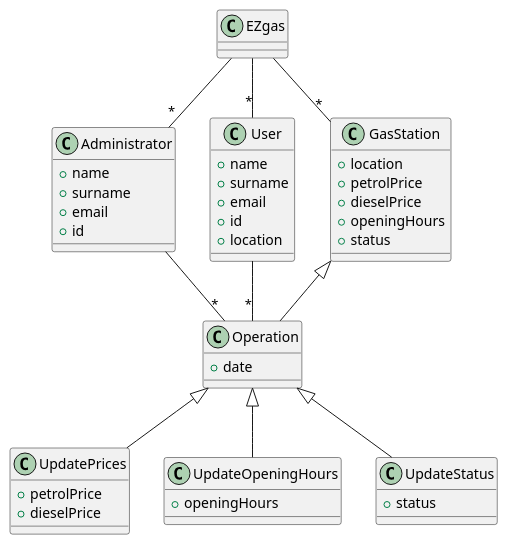
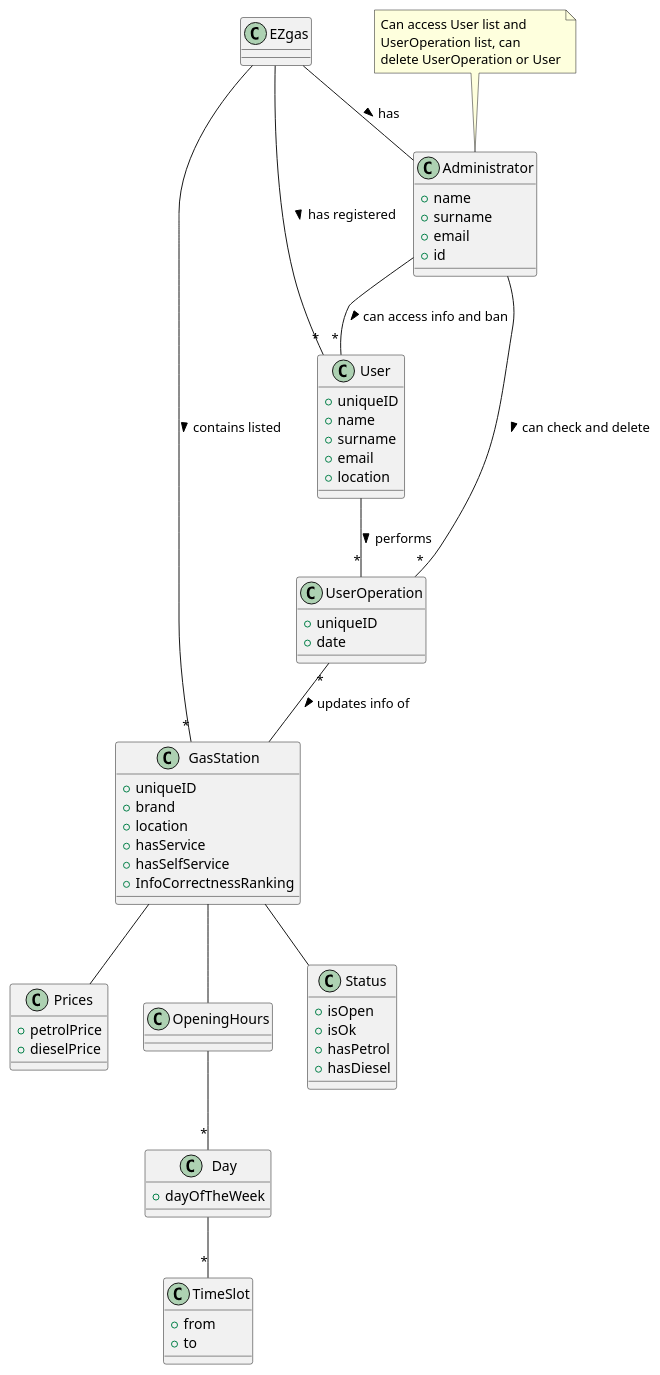
Before and after one commit to SoftengPoliTo/Lab2: the third of 5 diagrams in REQ_s278018.md, drawn with PlantUML.

Commit message:
Updated Glosssary

````diff
--- a/REQ_s278018.md
+++ b/REQ_s278018.md
@@ -230,58 +230,79 @@
 ```plantuml
 class EZgas
 
 class Administrator {
 + name
 + surname
 + email
 + id
 }
 
 class User {
++ uniqueID
 + name
 + surname
 + email
-+ id
 + location
 }
 
-
 class GasStation {
++ uniqueID
++ brand
 + location
-+ petrolPrice
-+ dieselPrice
-+ openingHours
-+ status
++ hasService
++ hasSelfService
++ InfoCorrectnessRanking
 }
 
-class Operation {
-+date
+class UserOperation {
++ uniqueID
++ date
 }
 
-class UpdatePrices {
+class Prices {
 + petrolPrice
 + dieselPrice
 }
 
-class UpdateOpeningHours {
-+ openingHours
+class OpeningHours {
+
 }
 
-class UpdateStatus {
-+ status
+class Day {
++ dayOfTheWeek
 }
 
-EZgas -- "*" User
-EZgas -- "*" Administrator
-EZgas -- "*" GasStation
-User -- "*" Operation
-Administrator -- "*" Operation
+class TimeSlot{
++ from
++ to
+}
 
-Operation <|-- UpdatePrices
-Operation <|-- UpdateOpeningHours
-Operation <|-- UpdateStatus
+class Status {
++ isOpen
++ isOk
++ hasPetrol
++ hasDiesel
+}
 
-GasStation <|-- Operation
+note as N1 
+Can access User list and 
+UserOperation list, can 
+delete UserOperation or User
+end note
+
+N1 .. Administrator
+EZgas -- "*" User : has registered >
+EZgas -- Administrator: has >
+EZgas -- "*" GasStation : contains listed >
+User  -- "*" UserOperation : performs >
+UserOperation "*" -- GasStation: updates info of >
+Administrator -- "*" User : can access info and ban >
+Administrator -- "*" UserOperation : can check and delete >
+GasStation -- Status 
+GasStation -- OpeningHours
+OpeningHours -- "*" Day
+Day -- "*" TimeSlot
+GasStation -- Prices
 
 
 ```
````
